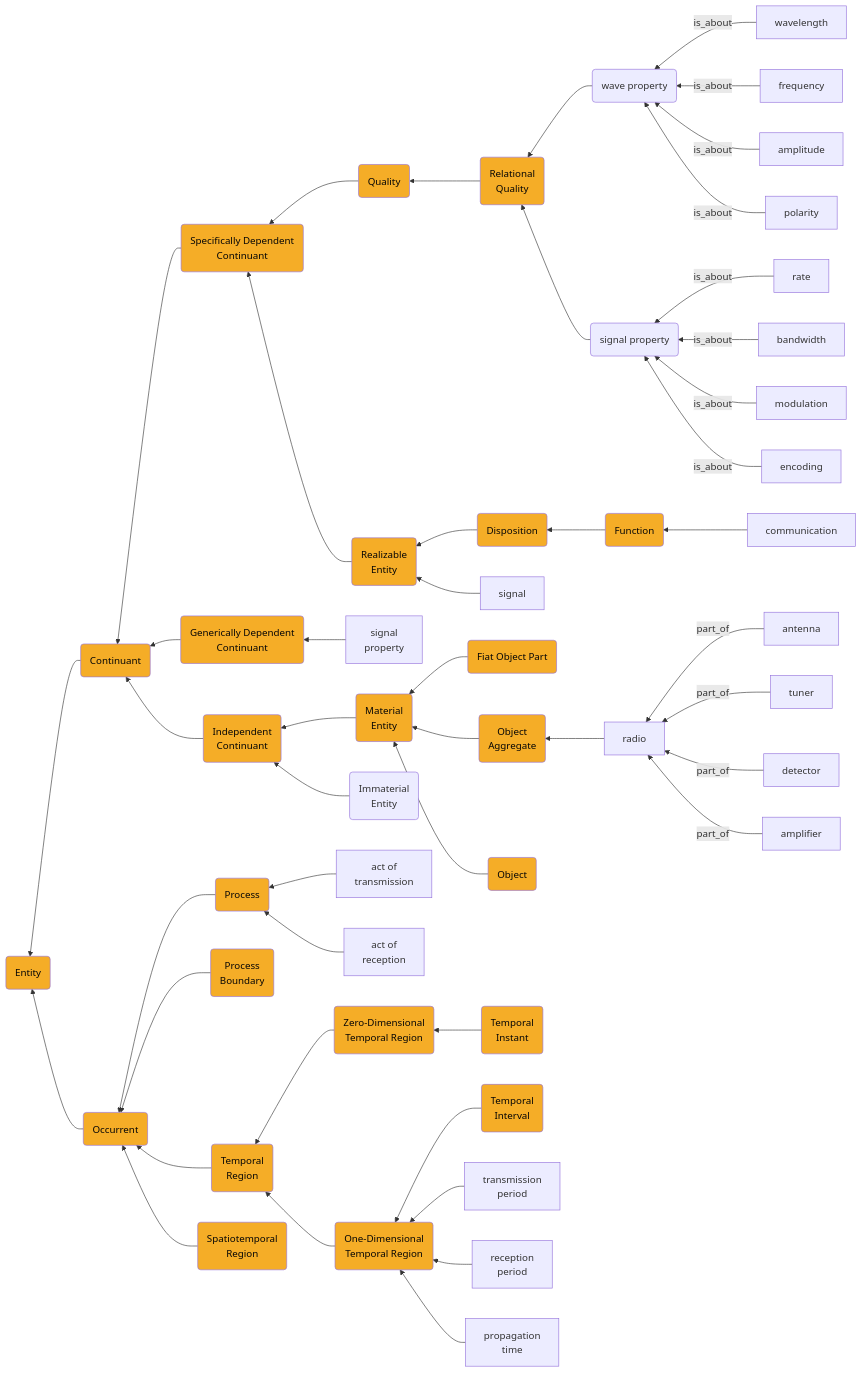
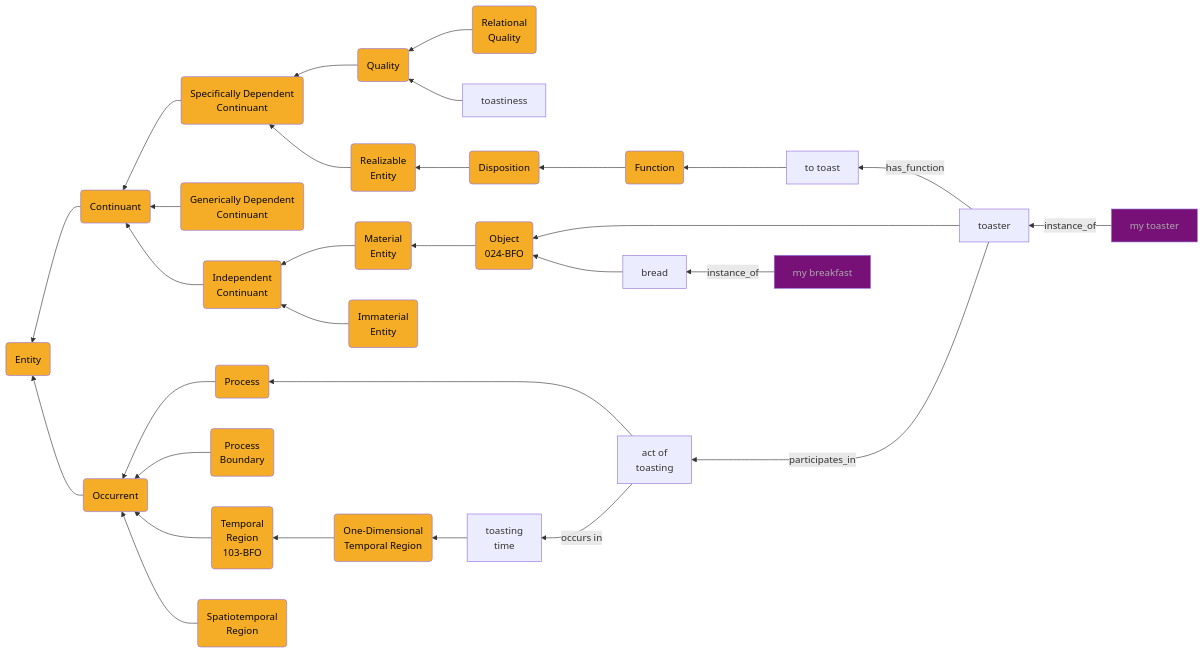
One commit to John-D-4/design-patterns changed the diagram in design-patterns/pattern1.md. Above: the diagram before and after it, drawn with Mermaid. The commit also changed other lines of this file, not shown here.

````diff
--- a/design-patterns/pattern1.md
+++ b/design-patterns/pattern1.md
@@ -43,66 +50,50 @@
  ```mermaid
 
 graph RL
 	B(Continuant)-->A(Entity):::BFO
 	D(Specifically Dependent<br> Continuant)-->B(Continuant):::BFO
 	E(Generically Dependent<br> Continuant):::BFO-->B(Continuant)
 	F(Independent<br> Continuant)-->B(Continuant)
 	G(Material Entity)-->F(Independent<br> Continuant):::BFO
-	H(Immaterial<br> Entity)-->F(Independent<br> Continuant)
-	I(Quality)-->D(Specifically Dependent<br> Continuant):::BFO
+	H(Immaterial<br> Entity):::BFO-->F(Independent<br> Continuant)
+	I(Quality):::BFO-->D(Specifically Dependent<br> Continuant):::BFO
 	J(Realizable<br> Entity):::BFO-->D(Specifically Dependent<br> Continuant)
 	K(Relational<br> Quality):::BFO-->I(Quality):::BFO
 
 	M(Disposition):::BFO-->J(Realizable<br> Entity)
 	N(Function):::BFO-->M(Disposition)
 
-	X(Fiat Object Part):::BFO-->G(Material<br> Entity):::BFO
-	Y(Object<br> Aggregate):::BFO-->G(Material<br> Entity):::BFO
-	Z(Object):::BFO-->G(Material<br> Entity):::BFO
+
+	Z(Object<br />024-BFO):::BFO-->G(Material<br> Entity):::BFO
 	C(Occurrent):::BFO-->A(Entity):::BFO
 	AA(Process):::BFO-->C(Occurrent):::BFO
 	AB(Process<br> Boundary):::BFO-->C(Occurrent)
 	AC(Temporal<br> Region):::BFO-->C(Occurrent)
 	AD(Spatiotemporal<br> Region):::BFO-->C(Occurrent)
-	AF(Zero-Dimensional<br> Temporal Region):::BFO-->AC(Temporal<br> Region):::BFO
-	AI(One-Dimensional<br> Temporal Region):::BFO-->AC(Temporal<br> Region):::BFO
-	AG(Temporal<br> Instant):::BFO-->AF(Zero-Dimensional<br> Temporal Region):::BFO
-	AH(Temporal<br> Interval):::BFO-->AI(One-Dimensional<br> Temporal Region):::BFO
 
-    	EC[signal<br /> property] --> E
-		
+	AI(One-Dimensional<br> Temporal Region):::BFO-->AC(Temporal<br> Region<br />103-BFO):::BFO
 
-    	YA[radio] --> Y
-		YAA[antenna] -- part_of --> YA
-		YAB[tuner] -- part_of --> YA
-		YAC[detector] -- part_of --> YA
-		YAD[amplifier] -- part_of --> YA
-		
+	IA[toastiness] --> I
+    	ZA[toaster] --> Z
 
-		JC[signal] --> J
-    	
-		UE(wave property) --> K(Relational<br /> Quality)
-			UEA[wavelength] -- is_about --> UE
-			UEB[frequency] -- is_about --> UE
-			UED[amplitude] -- is_about --> UE
-			UEF[polarity] -- is_about --> UE
-	UF(signal property) --> K(Relational<br /> Quality)
-			UFA[rate] -- is_about --> UF
-			UFB[bandwidth] -- is_about --> UF
-			UFD[modulation] -- is_about --> UF
-			UFF[encoding] -- is_about --> UF
 
-			AAC[act of<br />transmission] --> AA(Process)
-			AAB[act of<br />reception] --> AA(Process)
+	ZA -- has_function --> NA
+	ZAA[my toaster]:::p -- instance_of --> ZA
+
+	ZB[bread] --> Z
+	ZBA[my breakfast]:::p -- instance_of --> ZB
+
+	AAA[act of<br />toasting] --> AA(Process)
+	AAA -- occurs in --> AFA
+	
+	NA[to toast] --> N(Function)
+	        
+	AFA[toasting<br />time] --> AI
+
+	ZA -- participates_in --> AAA
+
+    classDef BFO fill:#F5AD27,color:#060606
+    classDef p fill:#771177,color:#AAAAAA
 
 	
-	
-	NA[communication] --> N(Function)
-	        
-		AFA[transmission<br />period] --> AI
-		AFB[reception<br />period] --> AI
-    AFC[propagation<br />time] --> AI
-
-
-    classDef BFO fill:#F5AD27,color:#060606
 ```
````
